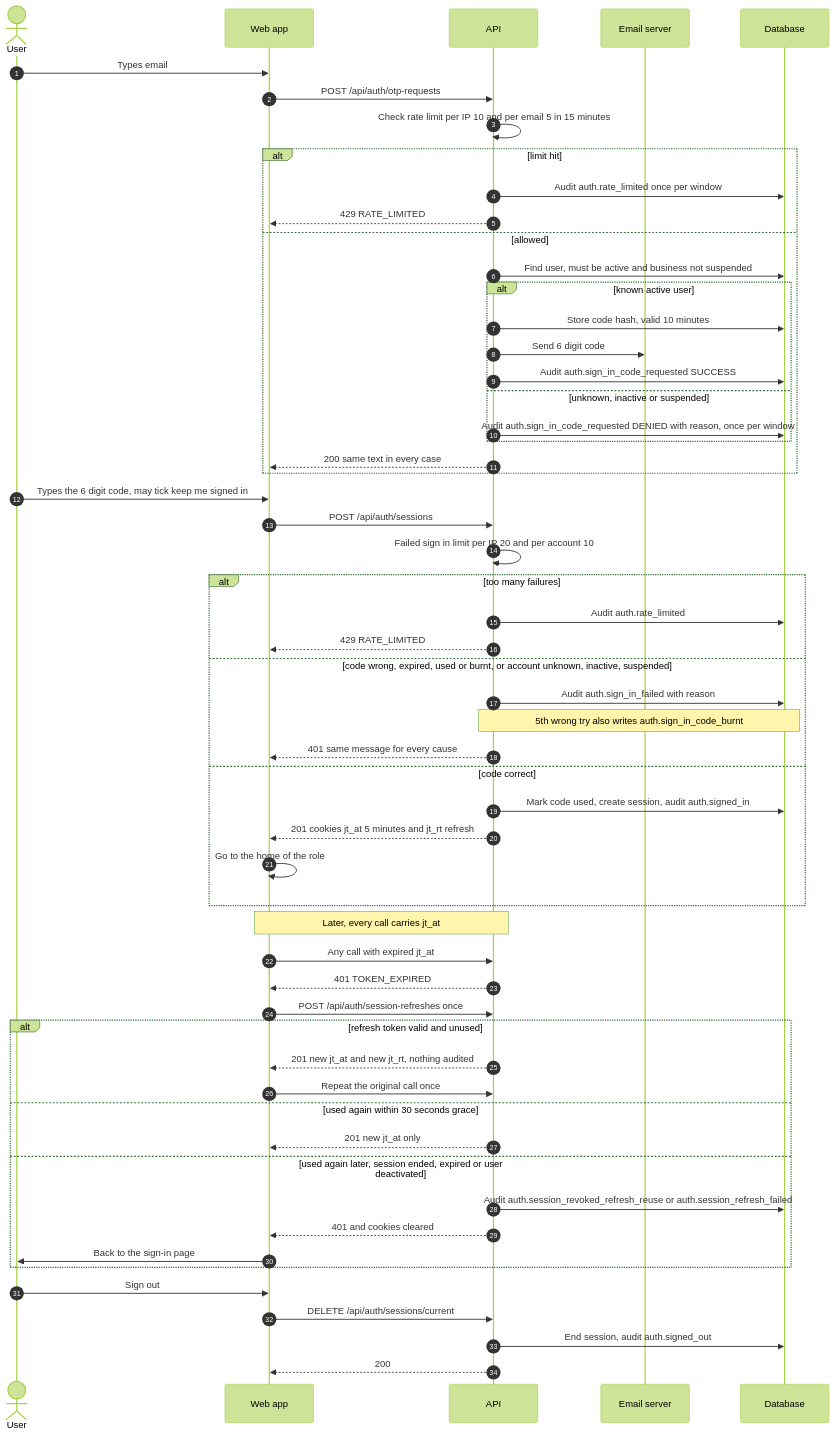
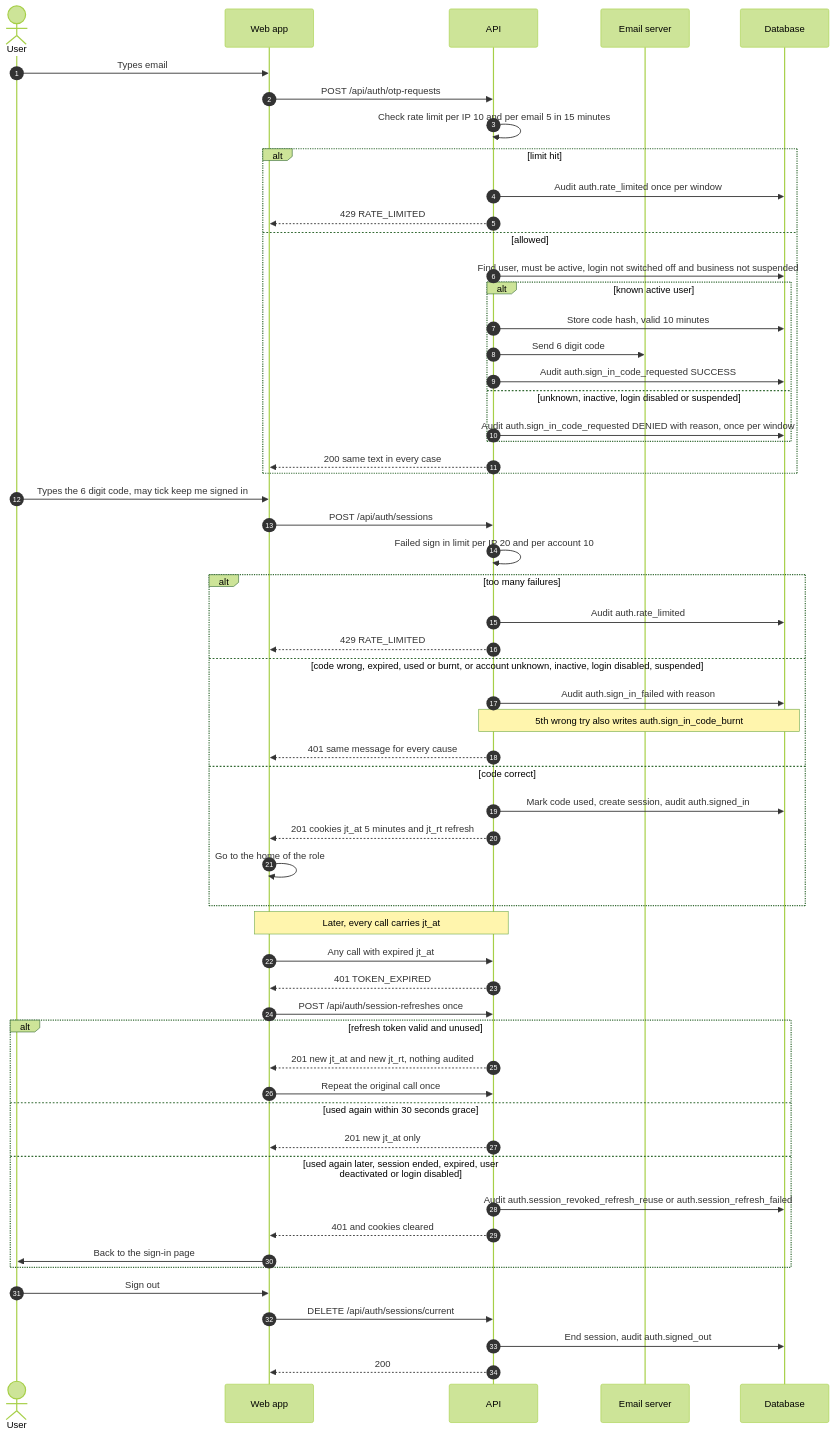
One commit to amitjurislpo/juris-track changed the second of 17 diagrams in references/FLOW-JurisTrack.md. Above: the diagram before and after it, drawn with Mermaid (forest theme). The commit also changed other lines of this file and 21 other files, not shown here.

````diff
--- a/references/FLOW-JurisTrack.md
+++ b/references/FLOW-JurisTrack.md
@@ -63,60 +64,60 @@
 ```mermaid
 sequenceDiagram
     autonumber
     actor U as User
     participant W as Web app
     participant A as API
     participant M as Email server
     participant D as Database
 
     U->>W: Types email
     W->>A: POST /api/auth/otp-requests
     A->>A: Check rate limit per IP 10 and per email 5 in 15 minutes
     alt limit hit
         A->>D: Audit auth.rate_limited once per window
         A-->>W: 429 RATE_LIMITED
     else allowed
-        A->>D: Find user, must be active and business not suspended
+        A->>D: Find user, must be active, login not switched off and business not suspended
         alt known active user
             A->>D: Store code hash, valid 10 minutes
             A->>M: Send 6 digit code
             A->>D: Audit auth.sign_in_code_requested SUCCESS
-        else unknown, inactive or suspended
+        else unknown, inactive, login disabled or suspended
             A->>D: Audit auth.sign_in_code_requested DENIED with reason, once per window
         end
         A-->>W: 200 same text in every case
     end
     U->>W: Types the 6 digit code, may tick keep me signed in
     W->>A: POST /api/auth/sessions
     A->>A: Failed sign in limit per IP 20 and per account 10
     alt too many failures
         A->>D: Audit auth.rate_limited
         A-->>W: 429 RATE_LIMITED
-    else code wrong, expired, used or burnt, or account unknown, inactive, suspended
+    else code wrong, expired, used or burnt, or account unknown, inactive, login disabled, suspended
         A->>D: Audit auth.sign_in_failed with reason
         Note over A,D: 5th wrong try also writes auth.sign_in_code_burnt
         A-->>W: 401 same message for every cause
     else code correct
         A->>D: Mark code used, create session, audit auth.signed_in
         A-->>W: 201 cookies jt_at 5 minutes and jt_rt refresh
         W->>W: Go to the home of the role
     end
     Note over W,A: Later, every call carries jt_at
     W->>A: Any call with expired jt_at
     A-->>W: 401 TOKEN_EXPIRED
     W->>A: POST /api/auth/session-refreshes once
     alt refresh token valid and unused
         A-->>W: 201 new jt_at and new jt_rt, nothing audited
         W->>A: Repeat the original call once
     else used again within 30 seconds grace
         A-->>W: 201 new jt_at only
-    else used again later, session ended, expired or user deactivated
+    else used again later, session ended, expired, user deactivated or login disabled
         A->>D: Audit auth.session_revoked_refresh_reuse or auth.session_refresh_failed
         A-->>W: 401 and cookies cleared
         W->>U: Back to the sign-in page
     end
     U->>W: Sign out
     W->>A: DELETE /api/auth/sessions/current
     A->>D: End session, audit auth.signed_out
     A-->>W: 200
 ```
````
